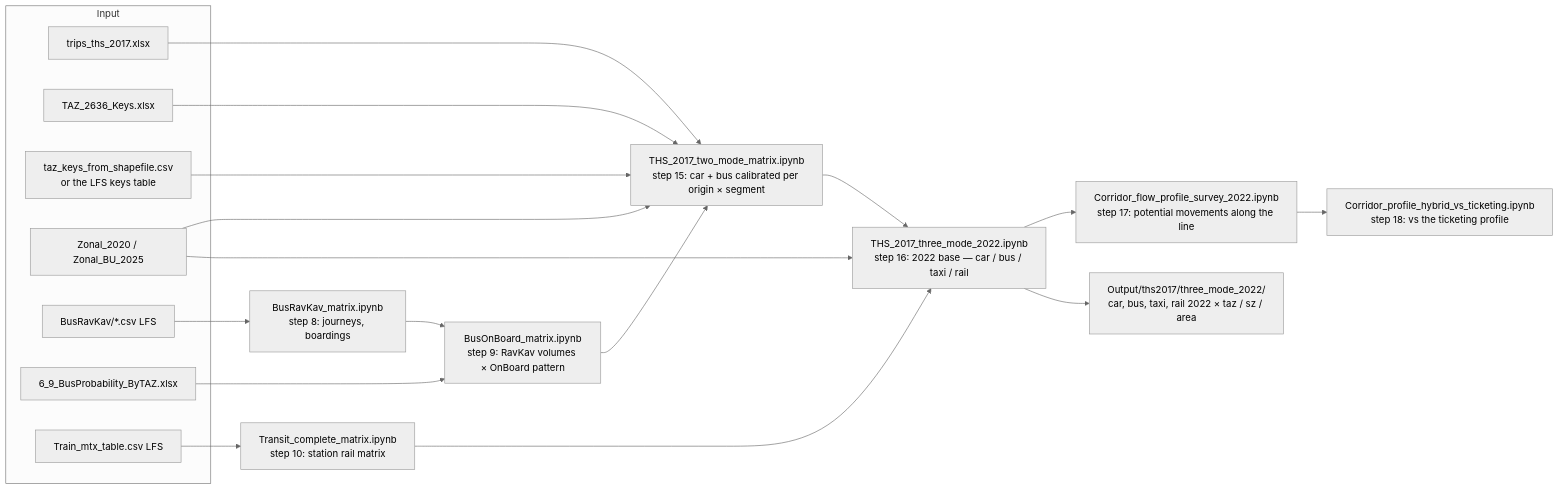
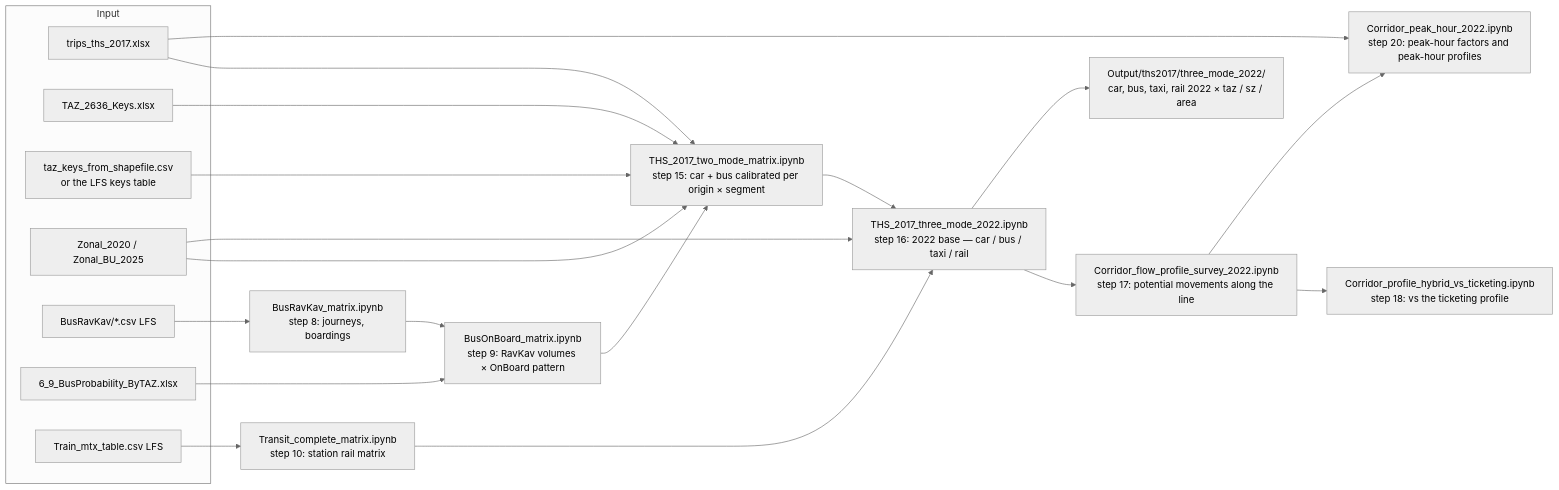
The diagram in README.md (oh-da/Nofit_LRT_Extension), drawn with Mermaid (neutral theme) before and after one commit. The commit also changed other lines of this file and 10 other files, not shown here.

First line of the commit message:
Add the corridor peak-hour analysis (step 20) and revise the report to 2.1

````diff
--- a/README.md
+++ b/README.md
@@ -28,27 +28,29 @@
 ```mermaid
 flowchart LR
     subgraph inputs [Input]
         THS[trips_ths_2017.xlsx]
         K26[TAZ_2636_Keys.xlsx]
         KEYS[taz_keys_from_shapefile.csv<br/>or the LFS keys table]
         ZON[Zonal_2020 / Zonal_BU_2025]
         RK[BusRavKav/*.csv  LFS]
         OB[6_9_BusProbability_ByTAZ.xlsx]
         TR[Train_mtx_table.csv  LFS]
     end
     RK --> NB8[BusRavKav_matrix.ipynb<br/>step 8: journeys, boardings]
     NB8 --> NB9[BusOnBoard_matrix.ipynb<br/>step 9: RavKav volumes × OnBoard pattern]
     OB --> NB9
     TR --> NB10[Transit_complete_matrix.ipynb<br/>step 10: station rail matrix]
     THS --> NB15
     K26 --> NB15
     KEYS --> NB15
     ZON --> NB15
     NB9 --> NB15[THS_2017_two_mode_matrix.ipynb<br/>step 15: car + bus calibrated per origin × segment]
     NB15 --> NB16[THS_2017_three_mode_2022.ipynb<br/>step 16: 2022 base — car / bus / taxi / rail]
     NB10 --> NB16
     ZON --> NB16
     NB16 --> NB17[Corridor_flow_profile_survey_2022.ipynb<br/>step 17: potential movements along the line]
     NB17 --> NB18[Corridor_profile_hybrid_vs_ticketing.ipynb<br/>step 18: vs the ticketing profile]
+    NB17 --> NB20[Corridor_peak_hour_2022.ipynb<br/>step 20: peak-hour factors and peak-hour profiles]
+    THS --> NB20
     NB16 --> OUT[Output/ths2017/three_mode_2022/<br/>car, bus, taxi, rail 2022 × taz / sz / area]
 ```
````
